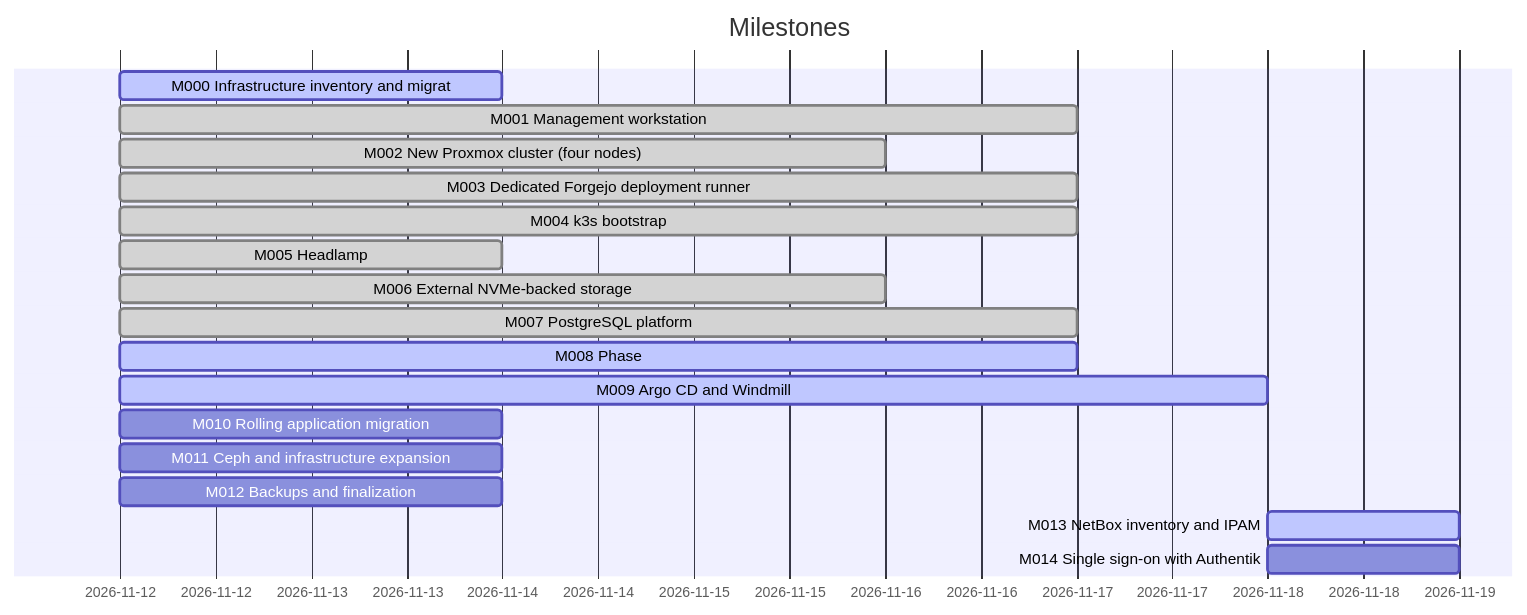
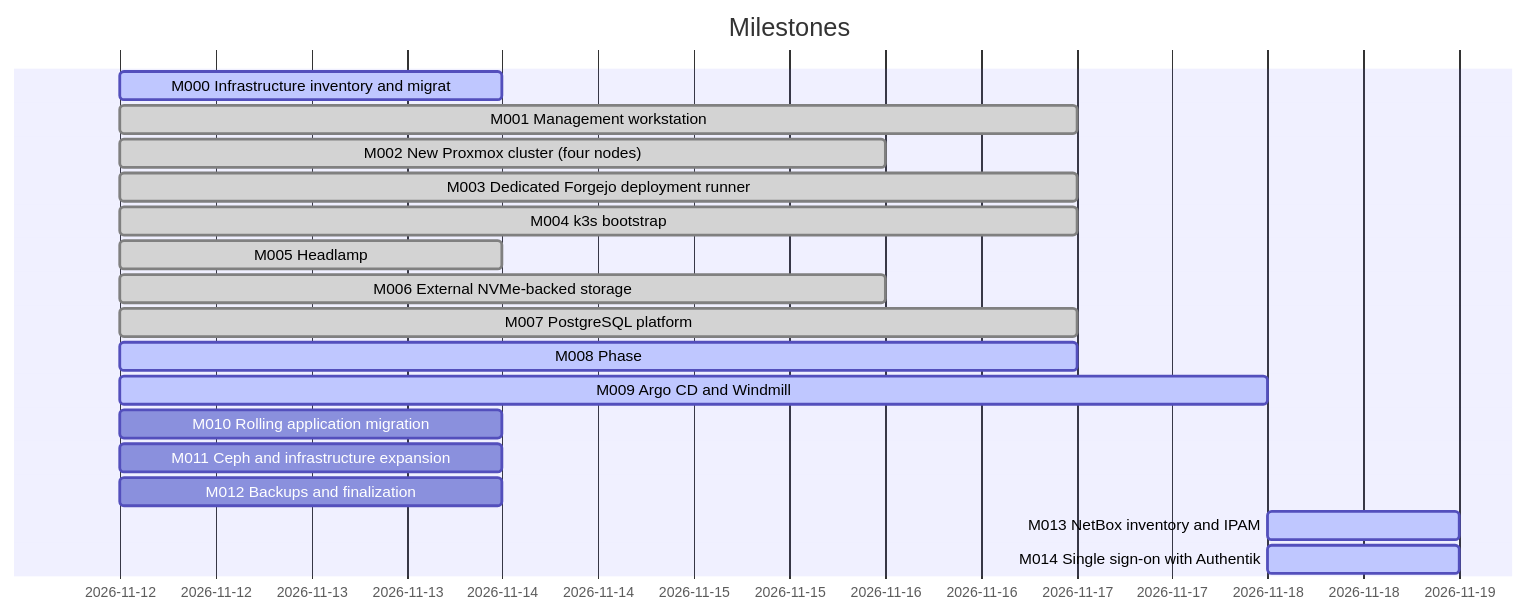
Before and after one commit to doku-code/homelab-iac: the diagram in docs/dashboard.md, drawn with Mermaid. The commit also changed other lines of this file and 16 other files, not shown here.

Commit message:
docs(authentik): ADR-017, TASK-026 and M014; end-to-end sign-in check; blueprint tags accepted by the quality check

````diff
--- a/docs/dashboard.md
+++ b/docs/dashboard.md
@@ -37,20 +37,20 @@
 ```mermaid
 gantt
     dateFormat YYYY-MM-DD
     title Milestones
     M000 Infrastructure inventory and migrat :active, m000, 2026-11-12, 2026-11-14
     M001 Management workstation :done, m001, 2026-11-12, 2026-11-17
     M002 New Proxmox cluster (four nodes) :done, m002, 2026-11-12, 2026-11-16
     M003 Dedicated Forgejo deployment runner :done, m003, 2026-11-12, 2026-11-17
     M004 k3s bootstrap :done, m004, 2026-11-12, 2026-11-17
     M005 Headlamp :done, m005, 2026-11-12, 2026-11-14
     M006 External NVMe-backed storage :done, m006, 2026-11-12, 2026-11-16
     M007 PostgreSQL platform :done, m007, 2026-11-12, 2026-11-17
     M008 Phase :active, m008, 2026-11-12, 2026-11-17
     M009 Argo CD and Windmill :active, m009, 2026-11-12, 2026-11-18
     M010 Rolling application migration :m010, 2026-11-12, 2026-11-14
     M011 Ceph and infrastructure expansion :m011, 2026-11-12, 2026-11-14
     M012 Backups and finalization :m012, 2026-11-12, 2026-11-14
     M013 NetBox inventory and IPAM :active, m013, 2026-11-18, 2026-11-19
-    M014 Single sign-on with Authentik :m014, 2026-11-18, 2026-11-19
+    M014 Single sign-on with Authentik :active, m014, 2026-11-18, 2026-11-19
 ```
````
